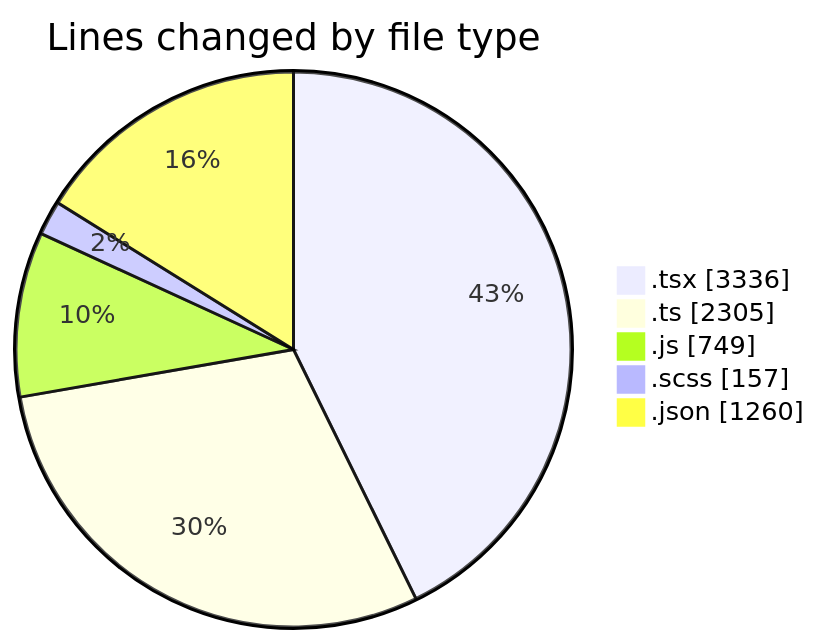
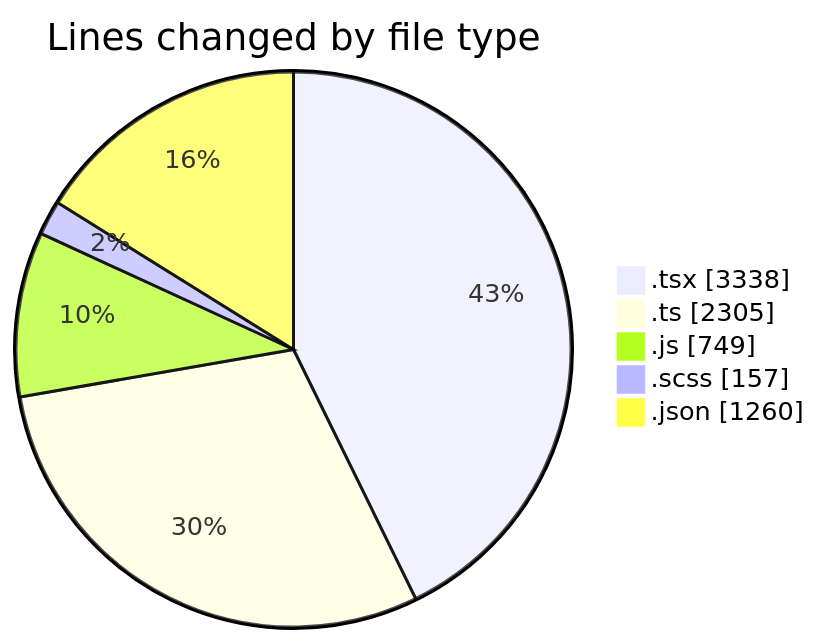
Before and after one commit to momahboobian/code-tracking: the first of 2 diagrams in 2026-06-15/cda/README.md, drawn with Mermaid. The commit also changed other lines of this file and 1 other file, not shown here.

````diff
--- a/2026-06-15/cda/README.md
+++ b/2026-06-15/cda/README.md
@@ -64,9 +64,9 @@
 ```mermaid
 pie showData
 title Lines changed by file type
-".tsx" : 3336
+".tsx" : 3338
 ".ts" : 2305
 ".js" : 749
 ".scss" : 157
 ".json" : 1260
 ```
````
